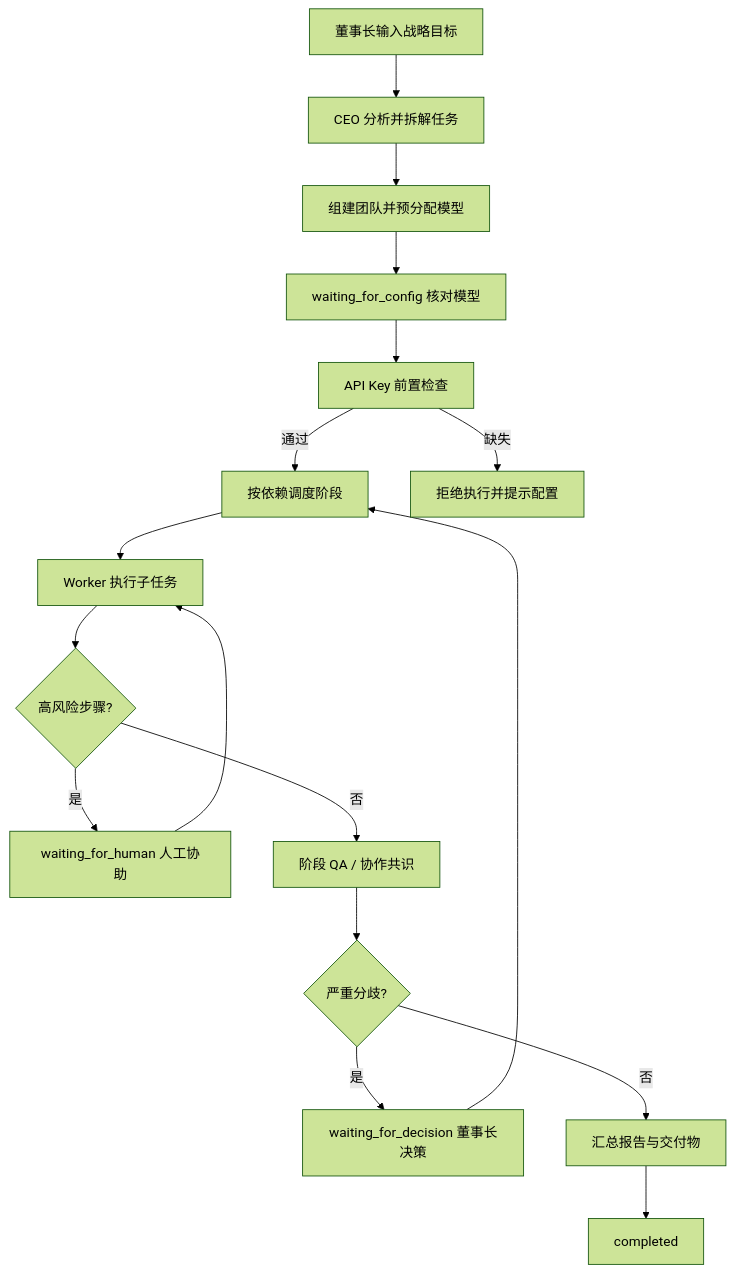
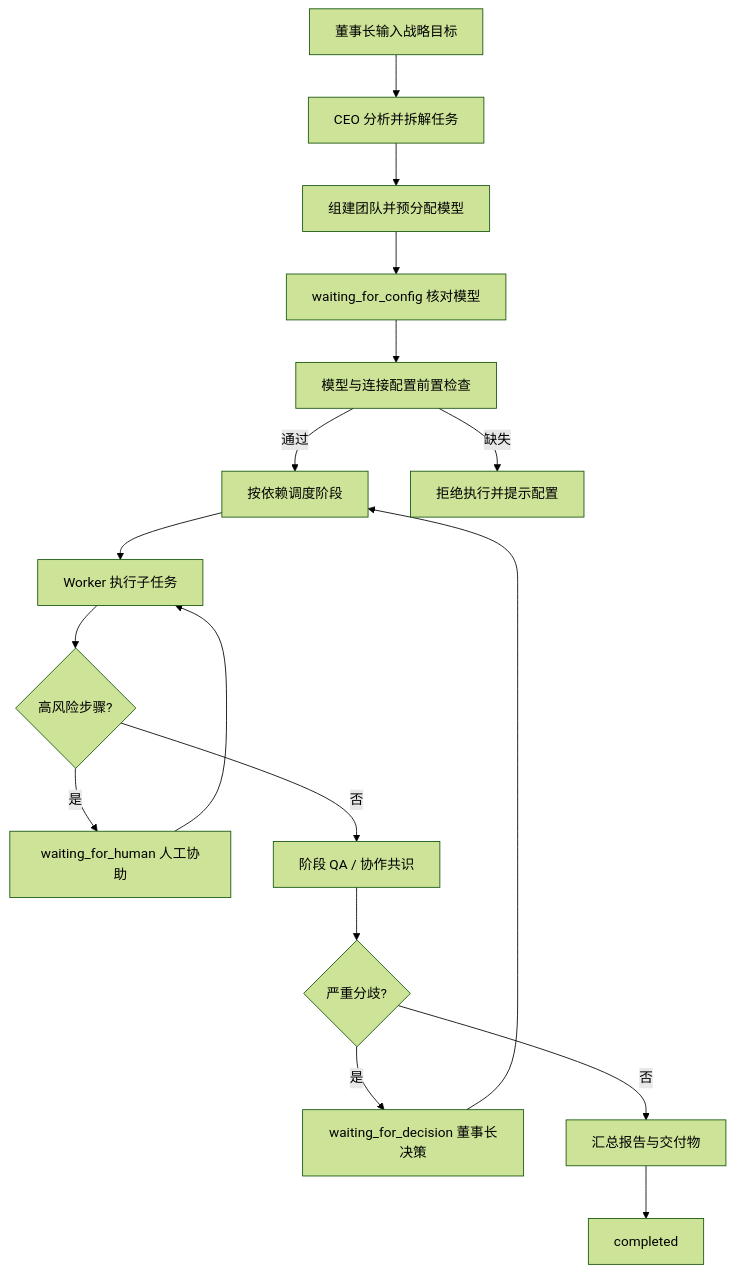
Before and after one commit to hudijiang/ai-team-engine: the diagram in README.md, drawn with Mermaid (forest theme). The commit also changed other lines of this file and 33 other files, not shown here.

````diff
--- a/README.md
+++ b/README.md
@@ -16,19 +16,19 @@
 ```mermaid
 flowchart TD
     A[董事长输入战略目标] --> B[CEO 分析并拆解任务]
     B --> C[组建团队并预分配模型]
     C --> D[waiting_for_config 核对模型]
-    D --> E[API Key 前置检查]
+    D --> E[模型与连接配置前置检查]
     E -->|通过| F[按依赖调度阶段]
     E -->|缺失| G[拒绝执行并提示配置]
     F --> H[Worker 执行子任务]
     H --> I{高风险步骤?}
     I -->|是| J[waiting_for_human 人工协助]
     J --> H
     I -->|否| K[阶段 QA / 协作共识]
     K --> L{严重分歧?}
     L -->|是| M[waiting_for_decision 董事长决策]
     M --> F
     L -->|否| N[汇总报告与交付物]
     N --> O[completed]
 ```
````
